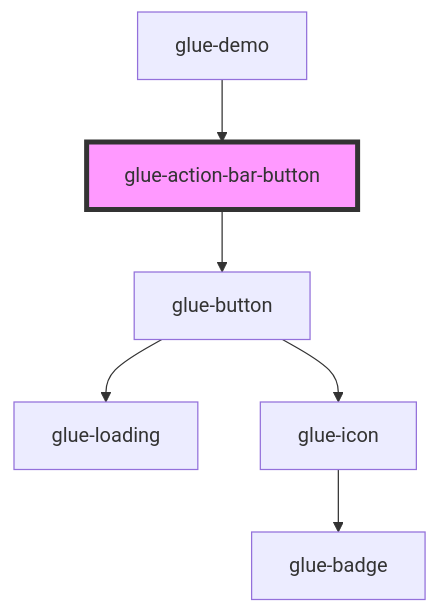
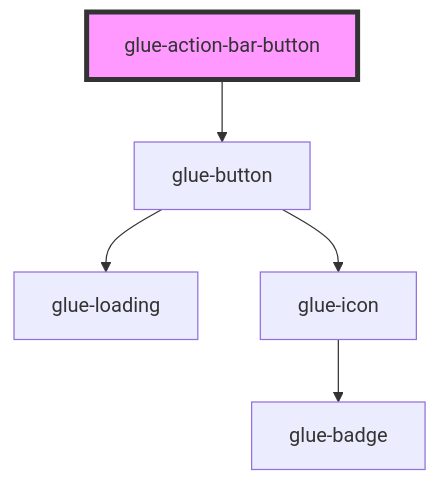
Before and after one commit to grasilife/glue: the diagram in packages/glue-components/src/components/glue-action-bar-button/readme.md, drawn with Mermaid. The commit also changed other lines of this file and 15 other files, not shown here.

````diff
--- a/packages/glue-components/src/components/glue-action-bar-button/readme.md
+++ b/packages/glue-components/src/components/glue-action-bar-button/readme.md
@@ -40,9 +36,8 @@
 ```mermaid
 graph TD;
   glue-action-bar-button --> glue-button
   glue-button --> glue-loading
   glue-button --> glue-icon
   glue-icon --> glue-badge
-  glue-demo --> glue-action-bar-button
   style glue-action-bar-button fill:#f9f,stroke:#333,stroke-width:4px
 ```
````
